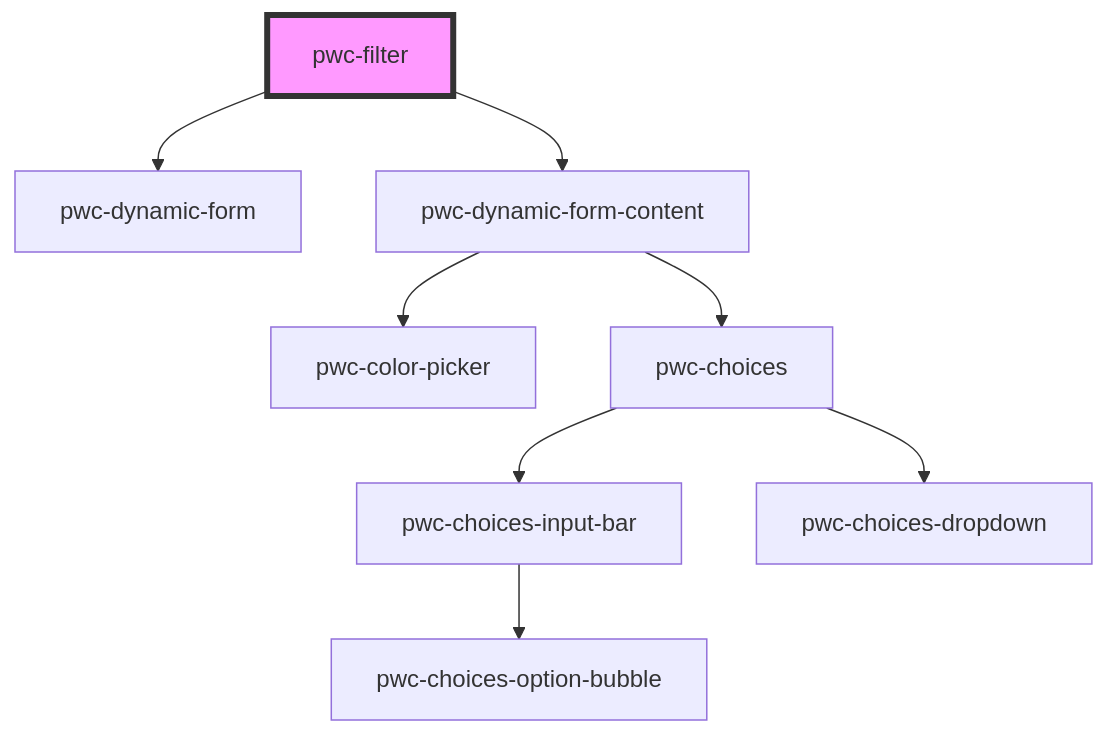
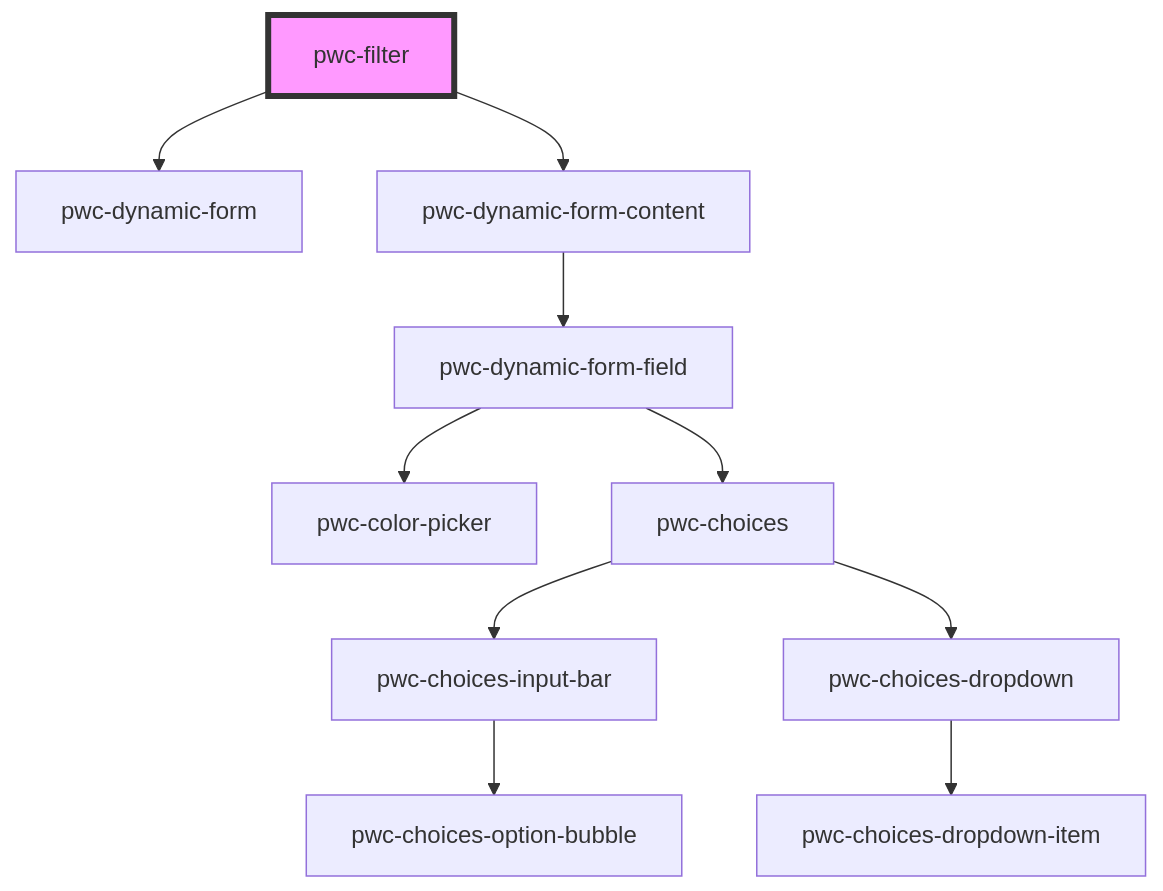
Before and after one commit to Paraboly/pwc-filter: the diagram in src/components/pwc-filter/readme.md, drawn with Mermaid. The commit also changed 5 other files, not shown here.

Commit message:
integrate latest pwc-dynamic-form

````diff
--- a/src/components/pwc-filter/readme.md
+++ b/src/components/pwc-filter/readme.md
@@ -43,11 +43,13 @@
 ```mermaid
 graph TD;
   pwc-filter --> pwc-dynamic-form
   pwc-filter --> pwc-dynamic-form-content
-  pwc-dynamic-form-content --> pwc-color-picker
-  pwc-dynamic-form-content --> pwc-choices
+  pwc-dynamic-form-content --> pwc-dynamic-form-field
+  pwc-dynamic-form-field --> pwc-color-picker
+  pwc-dynamic-form-field --> pwc-choices
   pwc-choices --> pwc-choices-input-bar
   pwc-choices --> pwc-choices-dropdown
   pwc-choices-input-bar --> pwc-choices-option-bubble
+  pwc-choices-dropdown --> pwc-choices-dropdown-item
   style pwc-filter fill:#f9f,stroke:#333,stroke-width:4px
 ```
````
